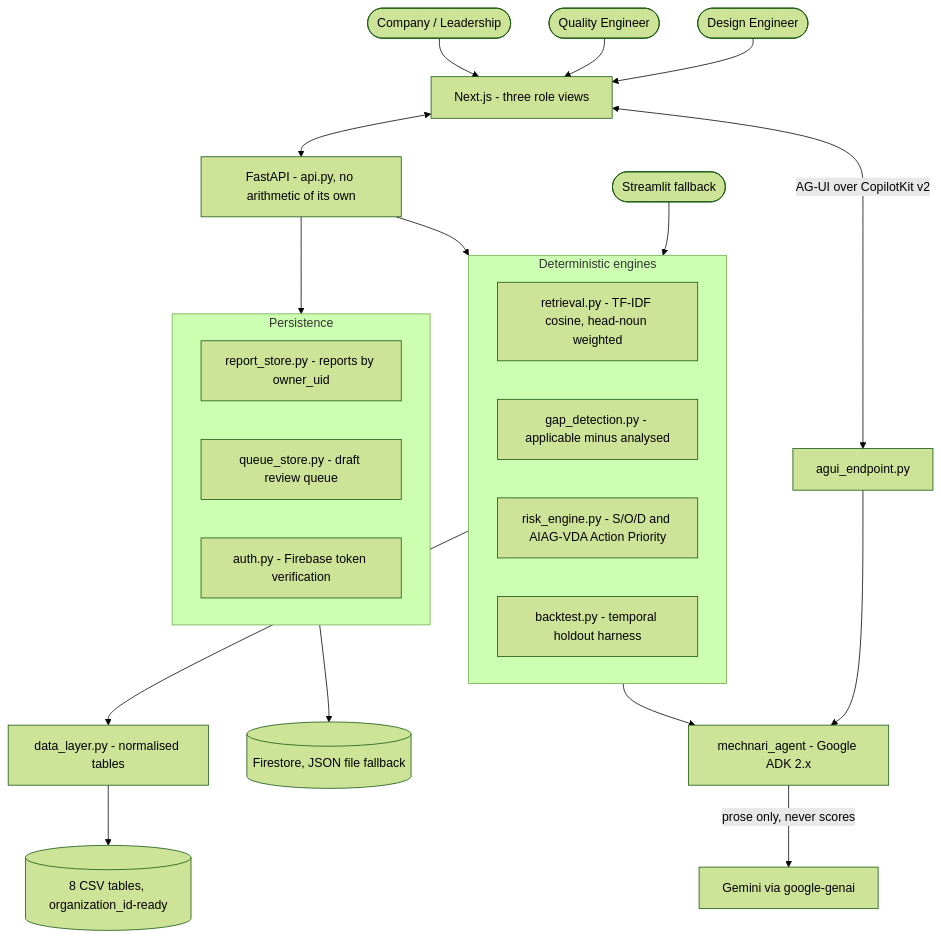
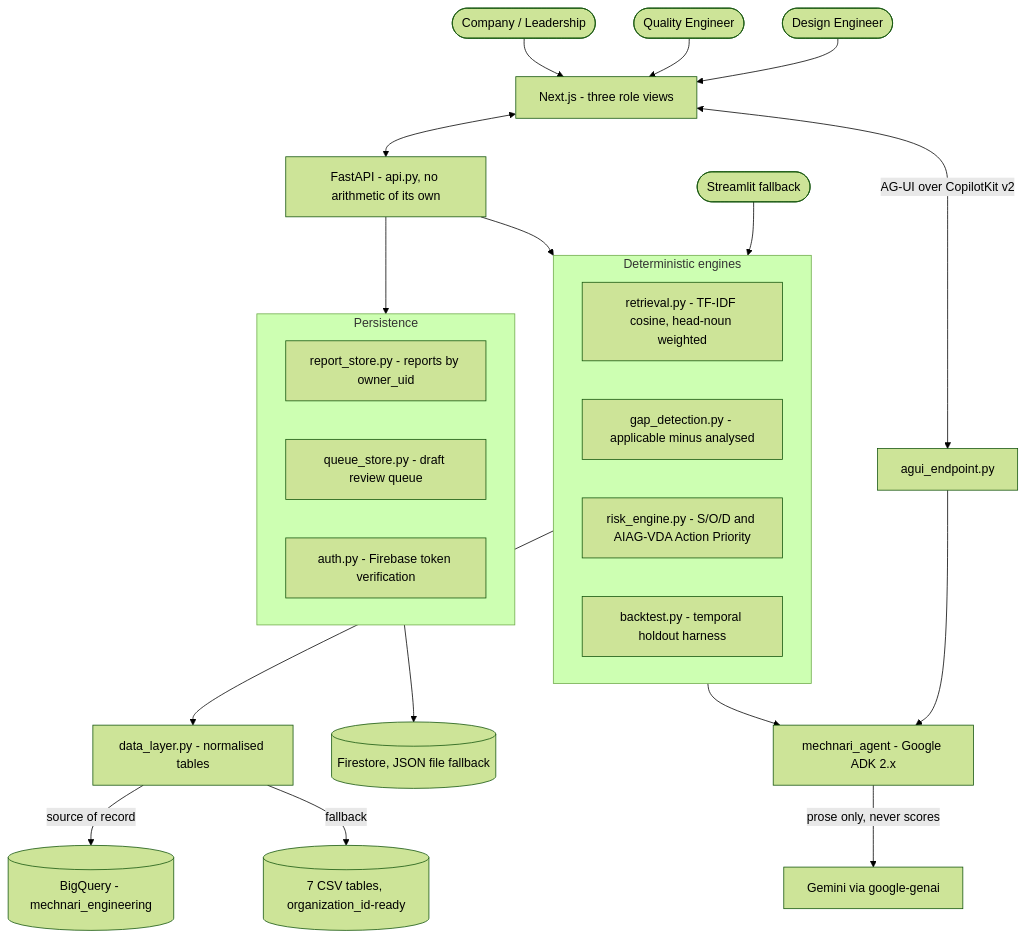
The diagram in README.md (niharika021/Mechnari-ai), drawn with Mermaid (forest theme) before and after one commit. The commit also changed other lines of this file and 7 other files, not shown here.

First line of the commit message:
feat: BigQuery as the source of record, CSV as the fallback

````diff
--- a/README.md
+++ b/README.md
@@ -101,32 +102,33 @@
 ```mermaid
 graph TD
     DE([Design Engineer]) --> WEB[Next.js - three role views]
     QE([Quality Engineer]) --> WEB
     CO([Company / Leadership]) --> WEB
     WEB <--> API[FastAPI - api.py, no arithmetic of its own]
     WEB <-->|AG-UI over CopilotKit v2| AGUI[agui_endpoint.py]
     ST([Streamlit fallback]) --> ENG
     API --> ENG
     API --> STORE
     AGUI --> ADK
 
     subgraph STORE[Persistence]
         RS[report_store.py - reports by owner_uid]
         QS[queue_store.py - draft review queue]
         AU[auth.py - Firebase token verification]
     end
 
     STORE --> FS[(Firestore, JSON file fallback)]
 
     subgraph ENG[Deterministic engines]
         RET[retrieval.py - TF-IDF cosine, head-noun weighted]
         GAP[gap_detection.py - applicable minus analysed]
         RISK[risk_engine.py - S/O/D and AIAG-VDA Action Priority]
         BT[backtest.py - temporal holdout harness]
     end
 
     ENG --> DL[data_layer.py - normalised tables]
-    DL --> CSV[(8 CSV tables, organization_id-ready)]
+    DL -->|source of record| BQ[(BigQuery - mechnari_engineering)]
+    DL -->|fallback| CSV[(7 CSV tables, organization_id-ready)]
     ENG --> ADK[mechnari_agent - Google ADK 2.x]
     ADK -->|prose only, never scores| GEM[Gemini via google-genai]
 ```
````
